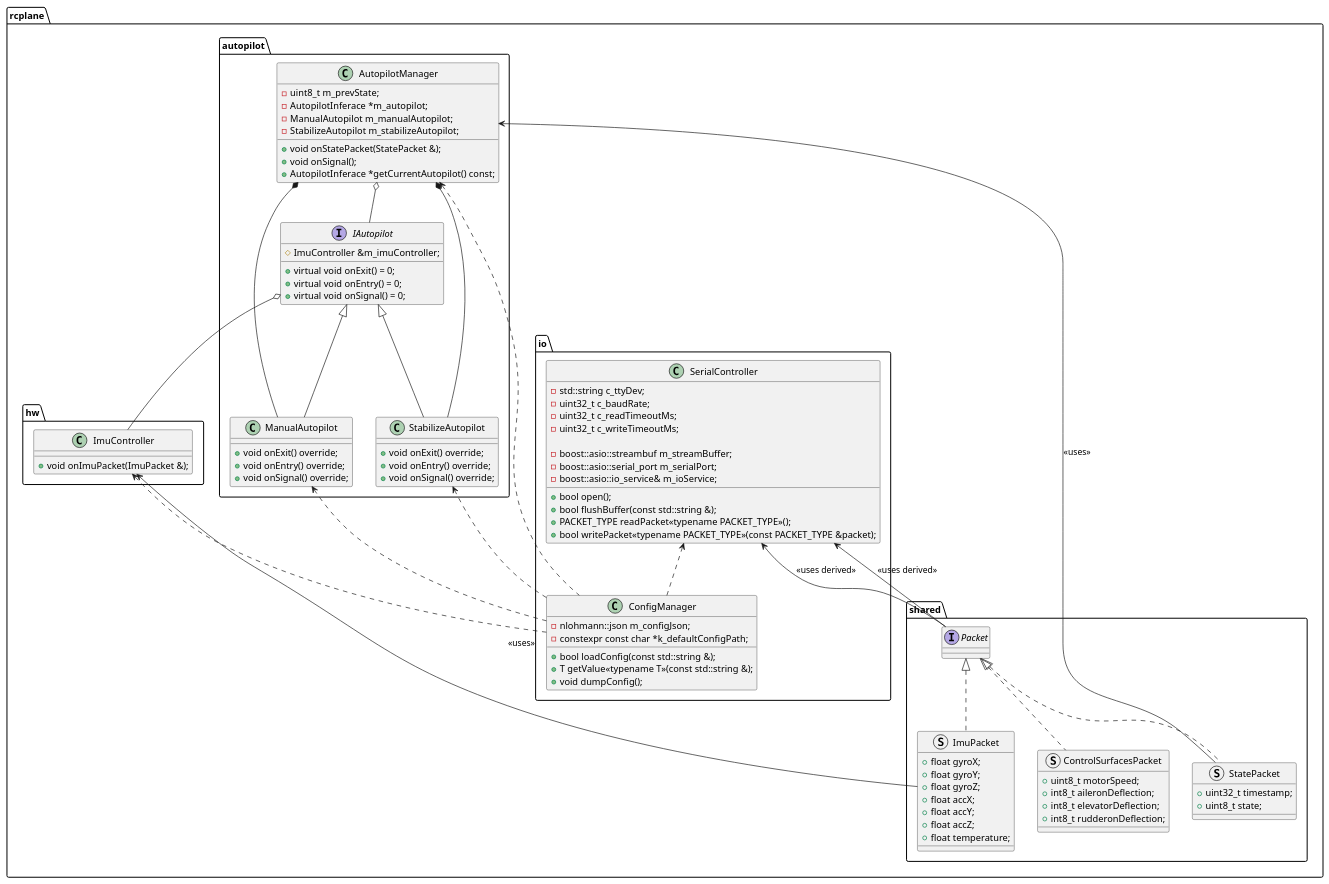
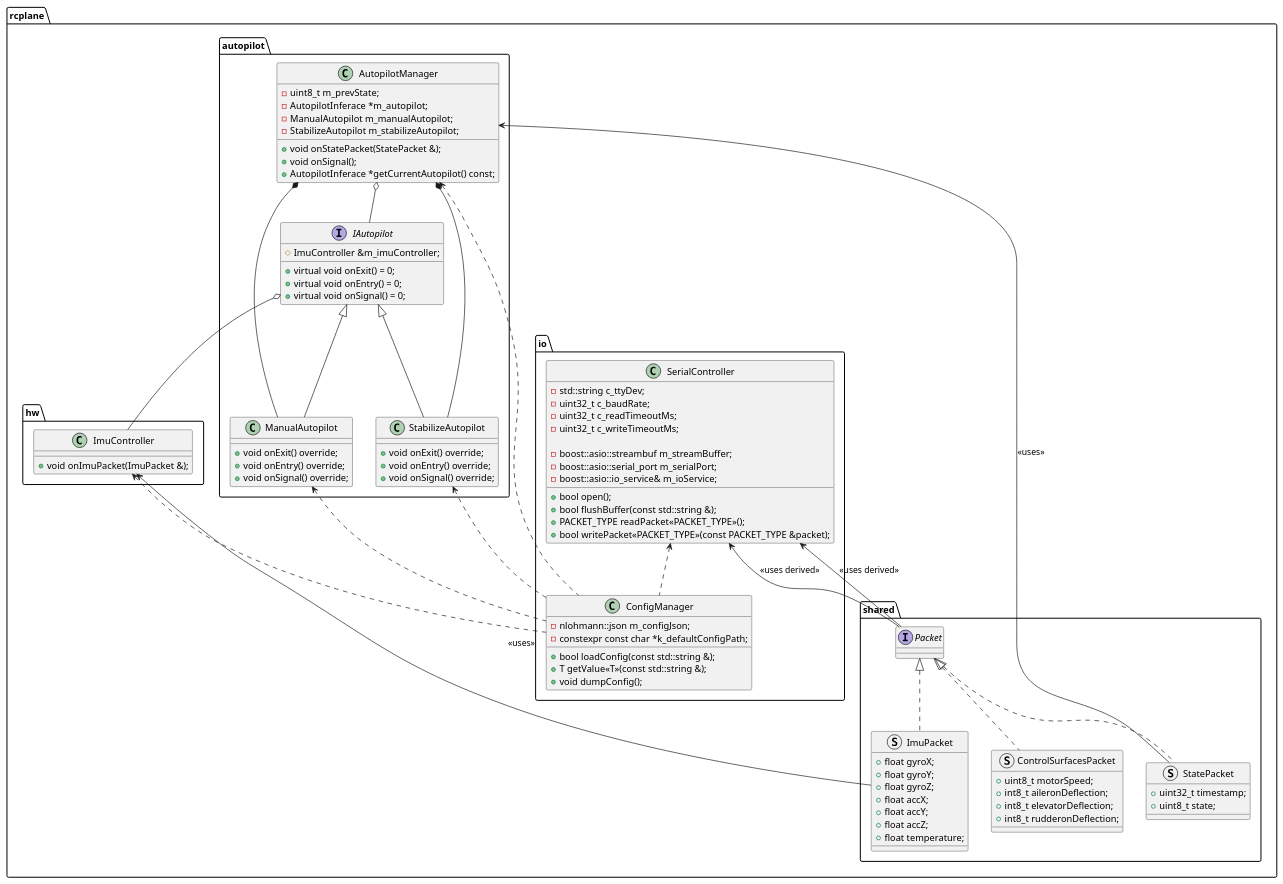
Before and after one commit to dev-jtemel/rc_plane: the diagram in puml/som.puml, drawn with PlantUML. The commit also changed 15 other files, not shown here.

```diff
--- a/puml/som.puml
+++ b/puml/som.puml
@@ -1,117 +1,117 @@
 @startuml System On Module
 
 package rcplane.shared {
   interface Packet {
   }
 
   struct StatePacket {
     + uint32_t timestamp;
     + uint8_t state;
   }
 
   struct ImuPacket {
     + float gyroX;
     + float gyroY;
     + float gyroZ;
     + float accX;
     + float accY;
     + float accZ;
     + float temperature;
   }
 
   struct ControlSurfacesPacket {
     + uint8_t motorSpeed;
     + int8_t aileronDeflection;
     + int8_t elevatorDeflection;
     + int8_t rudderonDeflection;
   }
 }
 
 package rcplane.io {
   class SerialController {
     - std::string c_ttyDev;
     - uint32_t c_baudRate;
     - uint32_t c_readTimeoutMs;
     - uint32_t c_writeTimeoutMs;
 
     - boost::asio::streambuf m_streamBuffer;
     - boost::asio::serial_port m_serialPort;
     - boost::asio::io_service& m_ioService;
 
     + bool open();
     + bool flushBuffer(const std::string &);
-    + PACKET_TYPE readPacket<<typename PACKET_TYPE>>();
-    + bool writePacket<<typename PACKET_TYPE>>(const PACKET_TYPE &packet);
+    + PACKET_TYPE readPacket<<PACKET_TYPE>>();
+    + bool writePacket<<PACKET_TYPE>>(const PACKET_TYPE &packet);
   }
 
   class ConfigManager {
     - nlohmann::json m_configJson;
     - constexpr const char *k_defaultConfigPath;
     + bool loadConfig(const std::string &);
-    + T getValue<<typename T>>(const std::string &);
+    + T getValue<<T>>(const std::string &);
     + void dumpConfig();
   }
 }
 
 package rcplane.autopilot {
   class AutopilotManager {
     - uint8_t m_prevState;
     - AutopilotInferace *m_autopilot;
     - ManualAutopilot m_manualAutopilot;
     - StabilizeAutopilot m_stabilizeAutopilot;
     + void onStatePacket(StatePacket &);
     + void onSignal();
     + AutopilotInferace *getCurrentAutopilot() const;
   }
 
   interface IAutopilot {
     # ImuController &m_imuController;
     + virtual void onExit() = 0;
     + virtual void onEntry() = 0;
     + virtual void onSignal() = 0;
   }
 
   class StabilizeAutopilot {
     + void onExit() override;
     + void onEntry() override;
     + void onSignal() override;
   }
 
   class ManualAutopilot {
     + void onExit() override;
     + void onEntry() override;
     + void onSignal() override;
   }
 }
 
 package rcplane.hw {
   class ImuController {
     + void onImuPacket(ImuPacket &);
   }
 }
 
 Packet <|.. StatePacket
 Packet <|.. ImuPacket
 Packet <|.. ControlSurfacesPacket
 
 SerialController <.. ConfigManager
 AutopilotManager <.. ConfigManager
 StabilizeAutopilot <.. ConfigManager
 ManualAutopilot <.. ConfigManager
 ImuController <.. ConfigManager
 
 AutopilotManager *-- StabilizeAutopilot
 AutopilotManager *-- ManualAutopilot
 AutopilotManager o-- IAutopilot
 
 IAutopilot <|-- StabilizeAutopilot
 IAutopilot <|-- ManualAutopilot
 
 IAutopilot o-- ImuController
 ImuController <-- ImuPacket : <<uses>>
 SerialController <-- Packet : <<uses derived>>
 SerialController <-- Packet : <<uses derived>>
 AutopilotManager <-- StatePacket : <<uses>>
 
 
 @enduml
```
